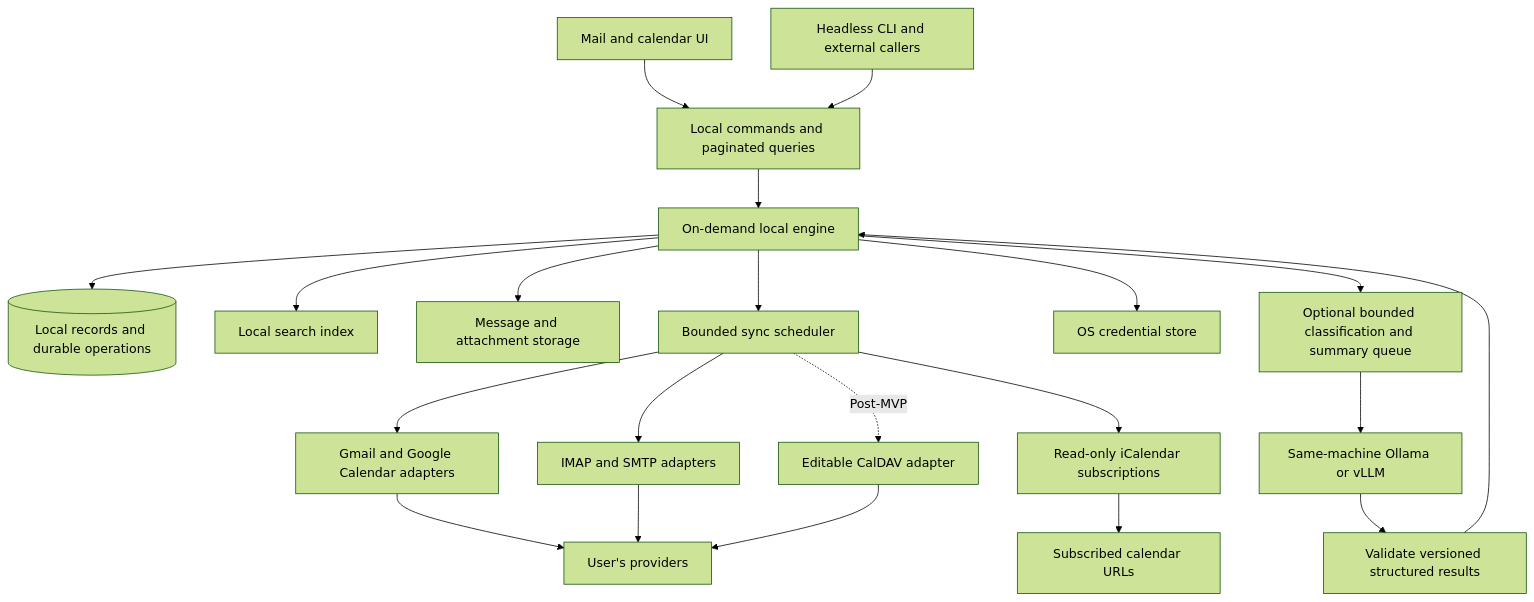
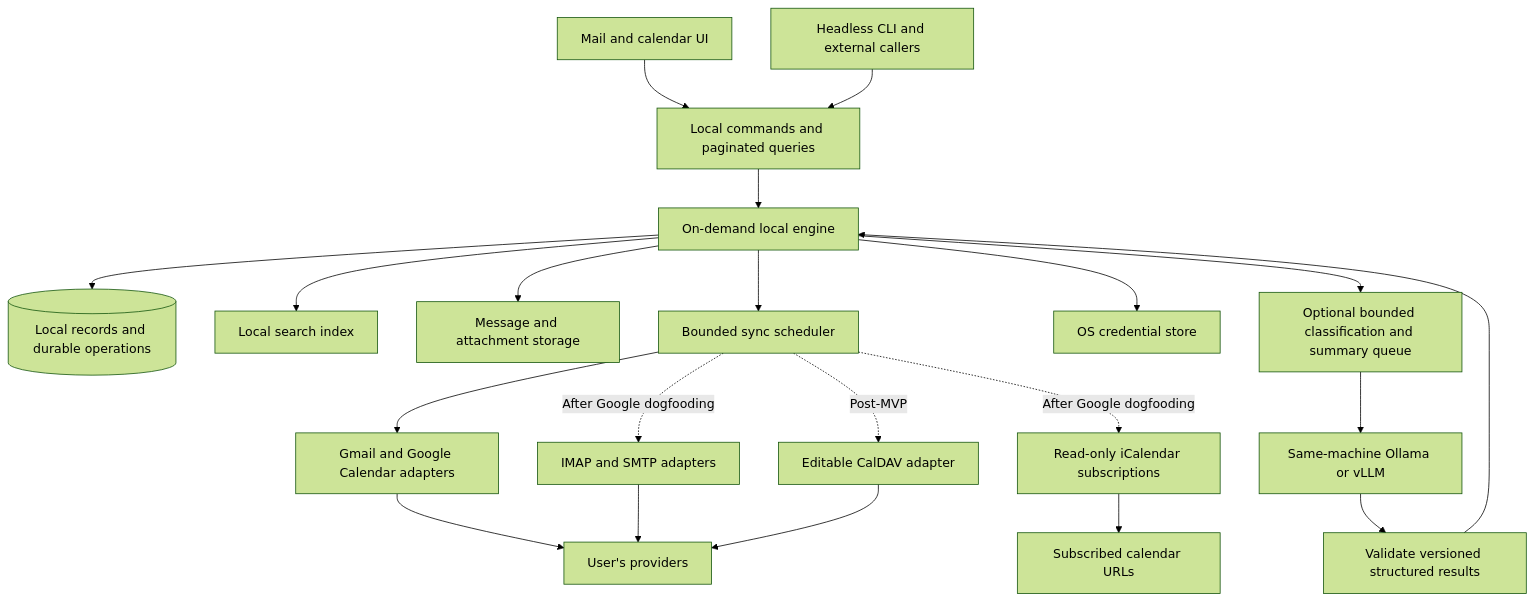
One commit to yegors/fuckMail changed the diagram in docs/contracts/core-storage.md. Above: the diagram before and after it, drawn with Mermaid (forest theme). The commit also changed other lines of this file and 34 other files, not shown here.

````diff
--- a/docs/contracts/core-storage.md
+++ b/docs/contracts/core-storage.md
@@ -34,23 +38,23 @@
 ```mermaid
 flowchart TD
     UI[Mail and calendar UI] --> API[Local commands and paginated queries]
     CLI[Headless CLI and external callers] --> API
     API --> CORE[On-demand local engine]
     CORE --> DB[(Local records and durable operations)]
     CORE --> SEARCH[Local search index]
     CORE --> BLOBS[Message and attachment storage]
     CORE --> SYNC[Bounded sync scheduler]
     SYNC --> GOOGLE[Gmail and Google Calendar adapters]
-    SYNC --> STANDARD[IMAP and SMTP adapters]
-    SYNC --> FEEDS[Read-only iCalendar subscriptions]
+    SYNC -. After Google dogfooding .-> STANDARD[IMAP and SMTP adapters]
+    SYNC -. After Google dogfooding .-> FEEDS[Read-only iCalendar subscriptions]
     SYNC -. Post-MVP .-> DAV[Editable CalDAV adapter]
     GOOGLE --> PROVIDERS[User's providers]
     STANDARD --> PROVIDERS
     FEEDS --> ORIGINS[Subscribed calendar URLs]
     DAV --> PROVIDERS
     CORE --> KEYS[OS credential store]
     CORE --> ASSIST[Optional bounded classification and summary queue]
     ASSIST --> LOCALMODEL[Same-machine Ollama or vLLM]
     LOCALMODEL --> VALIDATE[Validate versioned structured results]
     VALIDATE --> CORE
 ```
````
